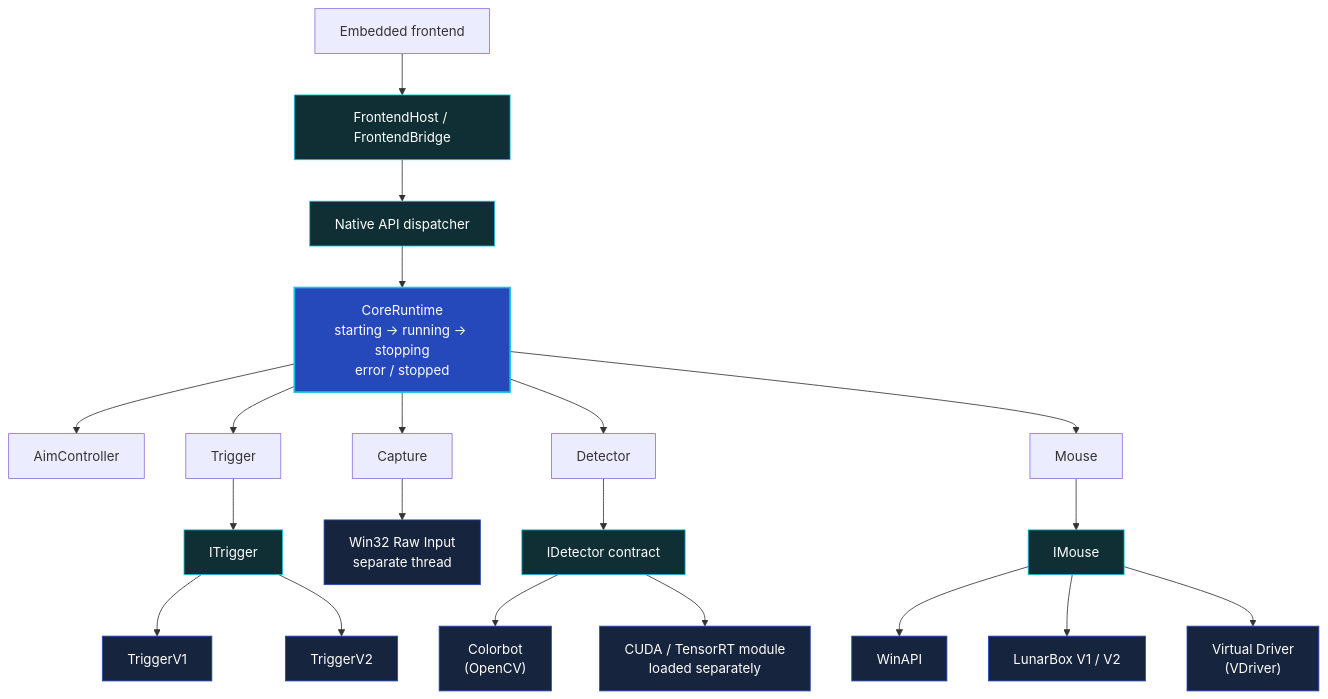
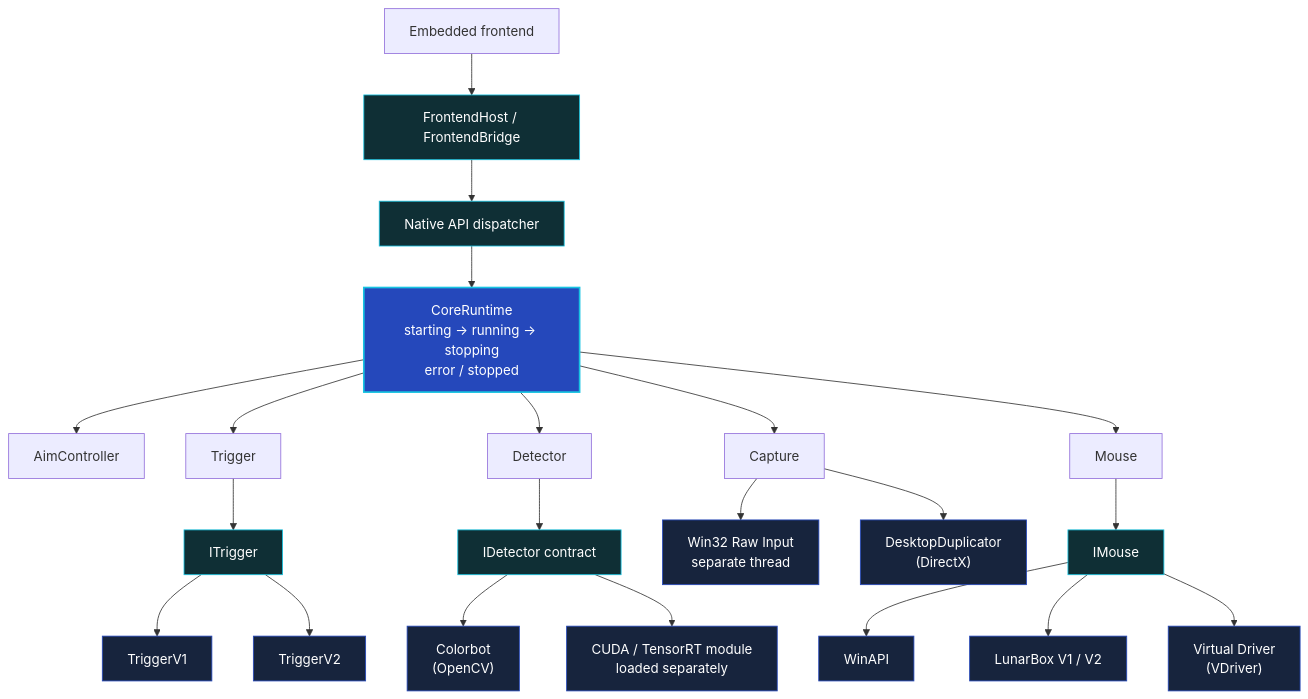
Before and after one commit to lnTheSky/lunar_v2_showdown: the diagram in README.md, drawn with Mermaid.

Commit message:
docs: add DirectX capture module

````diff
--- a/README.md
+++ b/README.md
@@ -58,51 +58,53 @@
 ```mermaid
 flowchart TB
     frontend["Embedded frontend"]
     bridge["FrontendHost / FrontendBridge"]
     dispatcher["Native API dispatcher"]
     runtime["CoreRuntime<br/>starting → running → stopping<br/>error / stopped"]
 
     aim["AimController"]
     trigger["Trigger"]
     detector["Detector"]
     capture["Capture"]
     mouse["Mouse"]
 
     detectorContract["IDetector contract"]
     colorbot["Colorbot<br/>(OpenCV)"]
     cuda["CUDA / TensorRT module<br/>loaded separately"]
     rawInput["Win32 Raw Input<br/>separate thread"]
     triggerContract["ITrigger"]
     triggerV1["TriggerV1"]
     triggerV2["TriggerV2"]
     mouseContract["IMouse"]
     winapi["WinAPI"]
     lunarBox["LunarBox V1 / V2"]
     vdriver["Virtual Driver<br/>(VDriver)"]
+    desktopDuplicator["DesktopDuplicator<br/>(DirectX)"]
 
     frontend --> bridge --> dispatcher --> runtime
     runtime --> aim
     runtime --> trigger
     runtime --> detector
     runtime --> capture
     runtime --> mouse
     detector --> detectorContract
     detectorContract --> colorbot
     detectorContract --> cuda
     trigger --> triggerContract
     triggerContract --> triggerV1
     triggerContract --> triggerV2
     mouse --> mouseContract
     mouseContract --> winapi
     mouseContract --> lunarBox
     mouseContract --> vdriver
     capture --> rawInput
+    capture --> desktopDuplicator
 
     classDef core fill:#2548BB,color:#ffffff,stroke:#17C3E1,stroke-width:2px
     classDef boundary fill:#0f2f35,color:#ffffff,stroke:#17C3E1
     classDef module fill:#17243d,color:#ffffff,stroke:#2548BB
 
     class runtime core
     class bridge,dispatcher,detectorContract,triggerContract,mouseContract boundary
-    class colorbot,cuda,rawInput,triggerV1,triggerV2,winapi,lunarBox,vdriver module
+    class colorbot,cuda,rawInput,triggerV1,triggerV2,winapi,lunarBox,vdriver,desktopDuplicator module
 ```
````
